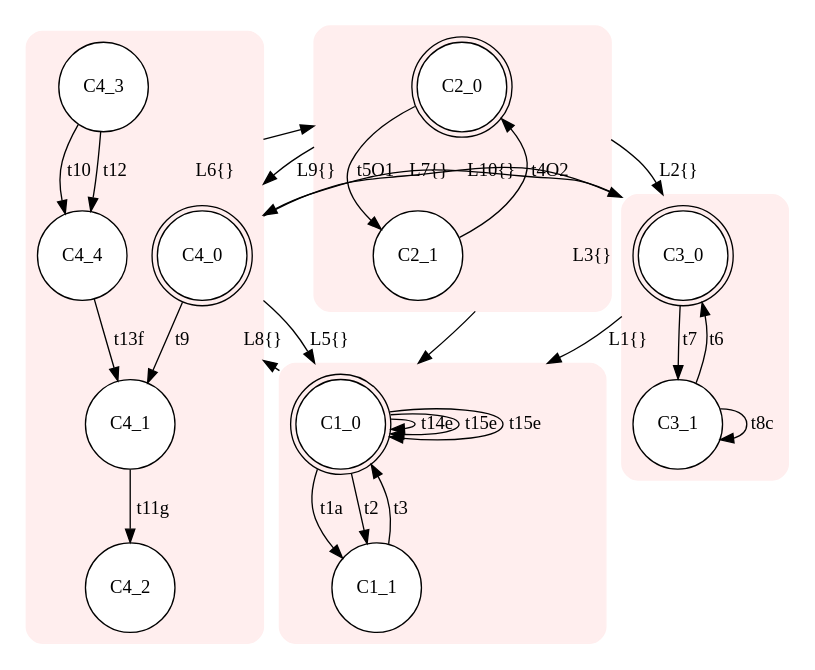
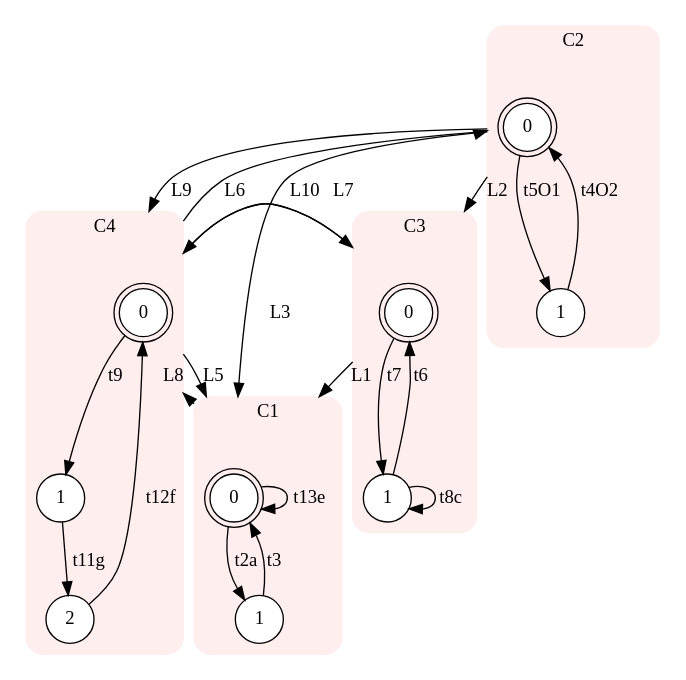
The diagram in input/ic.dot (Stefano-BS/Explanatory-Diagnosis), drawn with Graphviz before and after one commit. The commit also changed 40 other files, not shown here.

```diff
--- a/input/ic.dot
+++ b/input/ic.dot
@@ -1,44 +1,43 @@
 digraph "input/ic" {
 node [style=filled fillcolor=white] compound=true
+subgraph cluster0 {
+style="rounded,filled" label="C1" color="#FFEEEE"node [shape=doublecircle]; C0s0 [label=0];
+node [shape=circle];
+C0s1 [label=1]; 
+C0s0 -> C0s1 [label="t2a"];
+C0s1 -> C0s0 [label="t3"];
+C0s0 -> C0s0 [label="t13e"];
+}
 subgraph cluster1 {
-style="rounded,filled" color="#FFEEEE"node [shape=doublecircle]; C1_0;
+style="rounded,filled" label="C2" color="#FFEEEE"node [shape=doublecircle]; C1s0 [label=0];
 node [shape=circle];
-C1_0 -> C1_1 [label="t1a"];
-C1_0 -> C1_1 [label="t2"];
-C1_1 -> C1_0 [label="t3"];
-C1_0 -> C1_0 [label="t14e"];
-C1_0 -> C1_0 [label="t15e"];
-C1_0 -> C1_0 [label="t15e"];
+C1s1 [label=1]; 
+C1s1 -> C1s0 [label="t4O2"];
+C1s0 -> C1s1 [label="t5O1"];
 }
 subgraph cluster2 {
-style="rounded,filled" color="#FFEEEE"node [shape=doublecircle]; C2_0;
+style="rounded,filled" label="C3" color="#FFEEEE"node [shape=doublecircle]; C2s0 [label=0];
 node [shape=circle];
-C2_1 -> C2_0 [label="t4O2"];
-C2_0 -> C2_1 [label="t5O1"];
+C2s1 [label=1]; 
+C2s1 -> C2s0 [label="t6"];
+C2s0 -> C2s1 [label="t7"];
+C2s1 -> C2s1 [label="t8c"];
 }
 subgraph cluster3 {
-style="rounded,filled" color="#FFEEEE"node [shape=doublecircle]; C3_0;
+style="rounded,filled" label="C4" color="#FFEEEE"node [shape=doublecircle]; C3s0 [label=0];
 node [shape=circle];
-C3_1 -> C3_0 [label="t6"];
-C3_0 -> C3_1 [label="t7"];
-C3_1 -> C3_1 [label="t8c"];
+C3s1 [label=1]; C3s2 [label=2]; 
+C3s0 -> C3s1 [label="t9"];
+C3s1 -> C3s2 [label="t11g"];
+C3s2 -> C3s0 [label="t12f"];
 }
-subgraph cluster4 {
-style="rounded,filled" color="#FFEEEE"node [shape=doublecircle]; C4_0;
-node [shape=circle];
-C4_0 -> C4_1 [label="t9"];
-C4_3 -> C4_4 [label="t10"];
-C4_1 -> C4_2 [label="t11g"];
-C4_3 -> C4_4 [label="t12"];
-C4_4 -> C4_1 [label="t13f"];
+C2s0 -> C0s0 [ltail=cluster2 lhead=cluster0 label="L1"];
+C1s0 -> C2s0 [ltail=cluster1 lhead=cluster2 label="L2"];
+C1s0 -> C0s0 [ltail=cluster1 lhead=cluster0 label="L3"];
+C3s0 -> C0s0 [ltail=cluster3 lhead=cluster0 label="L5"];
+C3s0 -> C1s0 [ltail=cluster3 lhead=cluster1 label="L6"];
+C3s0 -> C2s0 [ltail=cluster3 lhead=cluster2 label="L7"];
+C0s0 -> C3s0 [ltail=cluster0 lhead=cluster3 label="L8"];
+C1s0 -> C3s0 [ltail=cluster1 lhead=cluster3 label="L9"];
+C2s0 -> C3s0 [ltail=cluster2 lhead=cluster3 label="L10"];
 }
-C3_0 -> C1_0 [ltail=cluster3 lhead=cluster1 label="L1{}"];
-C2_0 -> C3_0 [ltail=cluster2 lhead=cluster3 label="L2{}"];
-C2_0 -> C1_0 [ltail=cluster2 lhead=cluster1 label="L3{}"];
-C4_0 -> C1_0 [ltail=cluster4 lhead=cluster1 label="L5{}"];
-C4_0 -> C2_0 [ltail=cluster4 lhead=cluster2 label="L6{}"];
-C4_0 -> C3_0 [ltail=cluster4 lhead=cluster3 label="L7{}"];
-C1_0 -> C4_0 [ltail=cluster1 lhead=cluster4 label="L8{}"];
-C2_0 -> C4_0 [ltail=cluster2 lhead=cluster4 label="L9{}"];
-C3_0 -> C4_0 [ltail=cluster3 lhead=cluster4 label="L10{}"];
-}
```
